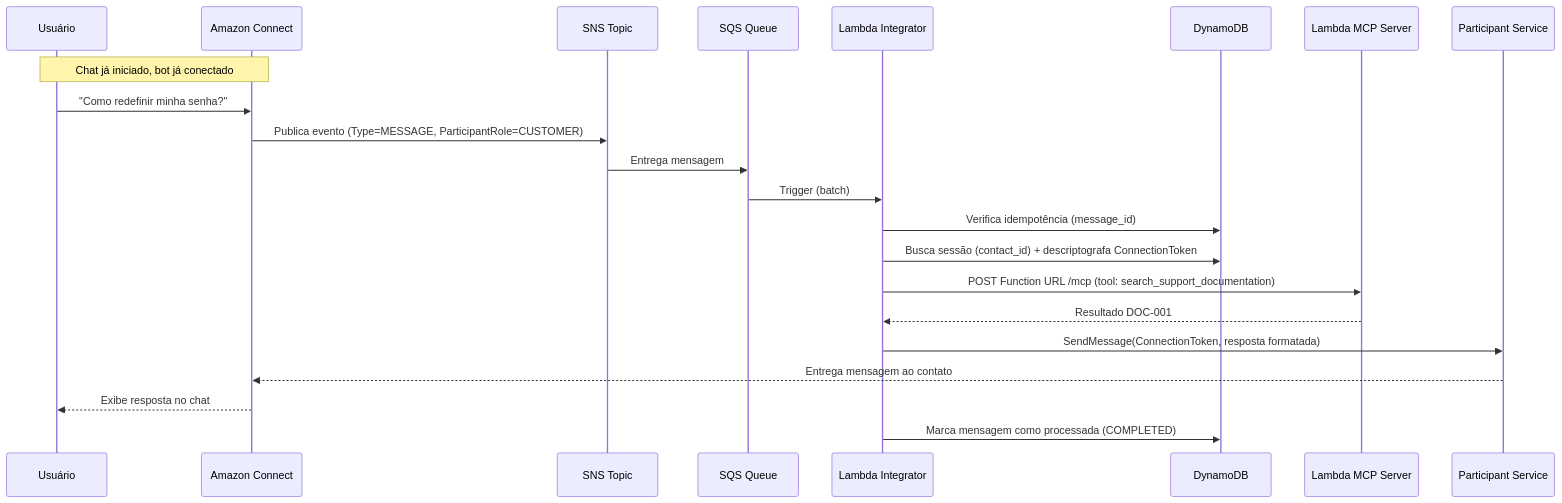
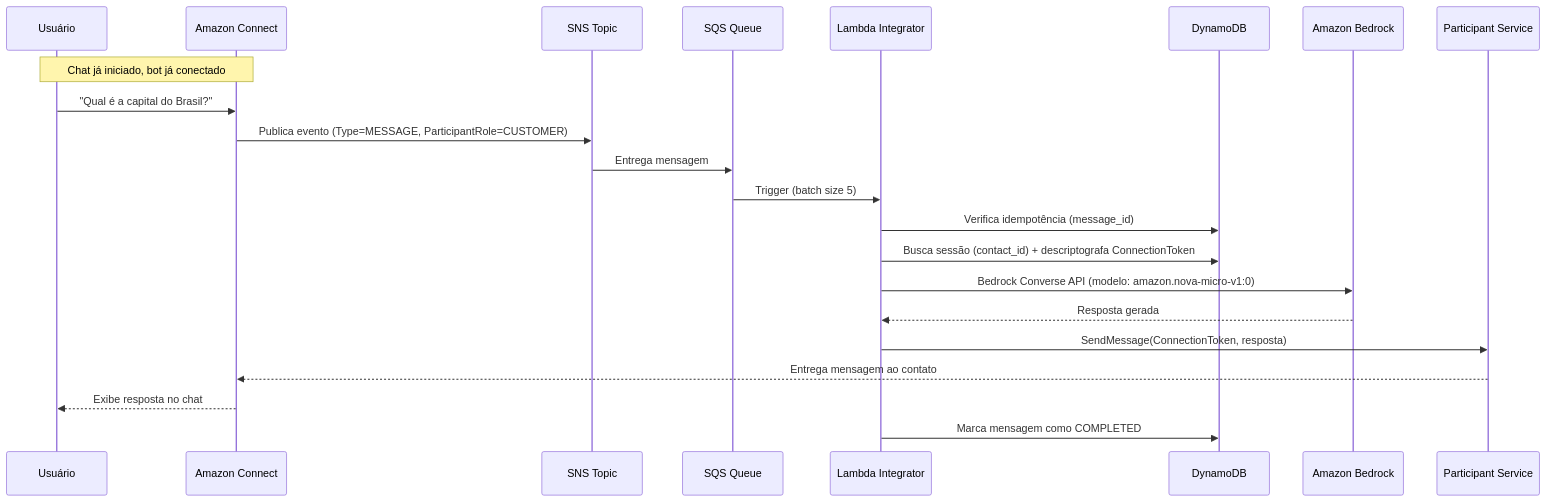
One commit to lucianarcit/poc_connect_bedrock changed the fourth of 4 diagrams in ARCHITECTURE.md. Above: the diagram before and after it, drawn with Mermaid. The commit also changed other lines of this file, not shown here.

Commit message:
docs: rewrite ARCHITECTURE.md for Bedrock Converse POC

````diff
--- a/ARCHITECTURE.md
+++ b/ARCHITECTURE.md
@@ -156,25 +97,25 @@
 ```mermaid
 sequenceDiagram
     participant U as Usuário
     participant C as Amazon Connect
     participant SNS as SNS Topic
     participant SQS as SQS Queue
     participant LINT as Lambda Integrator
     participant DB as DynamoDB
-    participant MCP as Lambda MCP Server
+    participant BR as Amazon Bedrock
     participant PS as Participant Service
 
     Note over U,C: Chat já iniciado, bot já conectado
-    U->>C: "Como redefinir minha senha?"
+    U->>C: "Qual é a capital do Brasil?"
     C->>SNS: Publica evento (Type=MESSAGE, ParticipantRole=CUSTOMER)
     SNS->>SQS: Entrega mensagem
-    SQS->>LINT: Trigger (batch)
+    SQS->>LINT: Trigger (batch size 5)
     LINT->>DB: Verifica idempotência (message_id)
     LINT->>DB: Busca sessão (contact_id) + descriptografa ConnectionToken
-    LINT->>MCP: POST Function URL /mcp (tool: search_support_documentation)
-    MCP-->>LINT: Resultado DOC-001
-    LINT->>PS: SendMessage(ConnectionToken, resposta formatada)
+    LINT->>BR: Bedrock Converse API (modelo: amazon.nova-micro-v1:0)
+    BR-->>LINT: Resposta gerada
+    LINT->>PS: SendMessage(ConnectionToken, resposta)
     PS-->>C: Entrega mensagem ao contato
     C-->>U: Exibe resposta no chat
-    LINT->>DB: Marca mensagem como processada (COMPLETED)
+    LINT->>DB: Marca mensagem como COMPLETED
 ```
````
